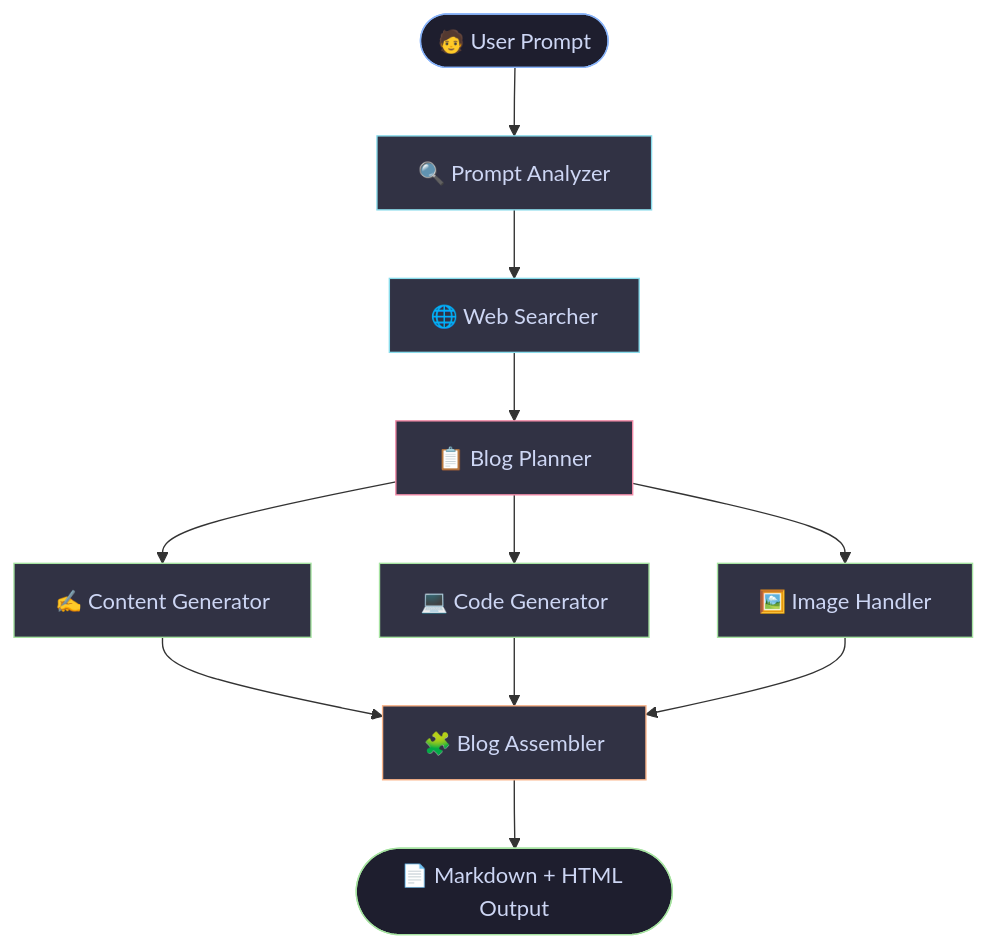
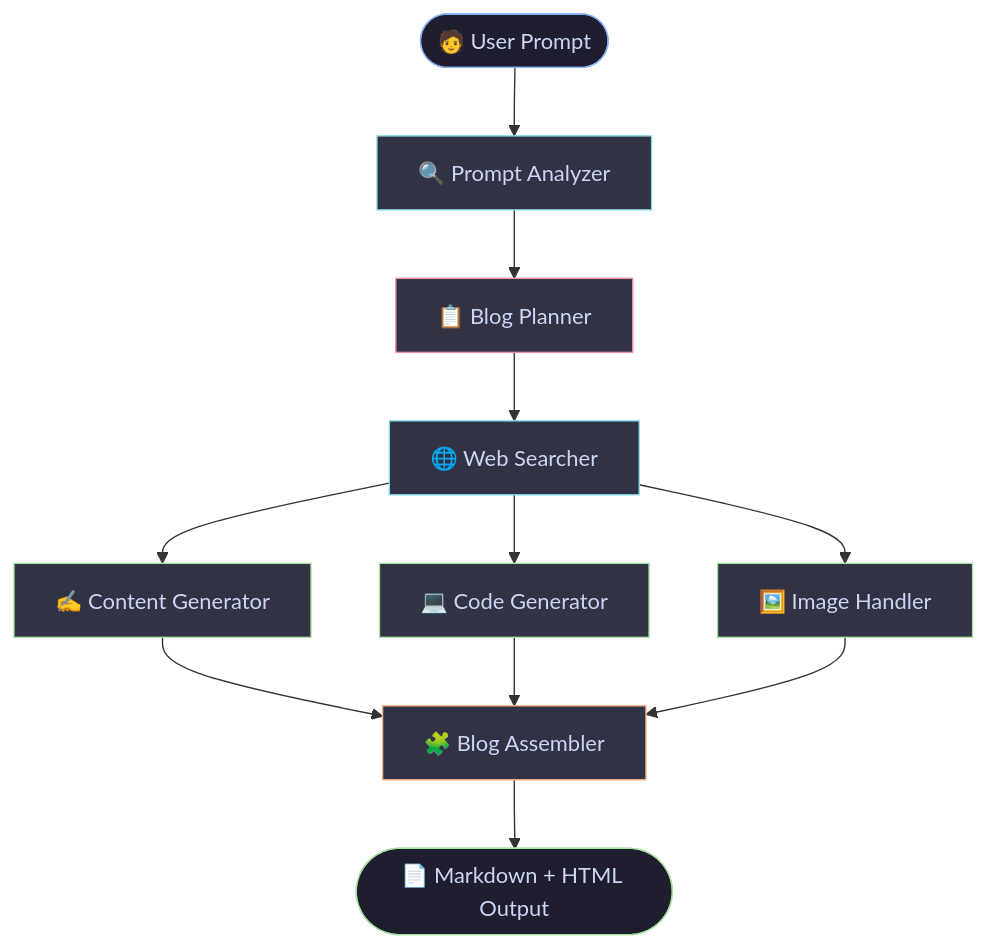
Before and after one commit to ma74a/WriterAgent: the first of 4 diagrams in README.md, drawn with Mermaid. The commit also changed other lines of this file, not shown here.

````diff
--- a/README.md
+++ b/README.md
@@ -11,26 +44,26 @@
 ```mermaid
 graph TD
     A([🧑 User Prompt]) --> B[🔍 Prompt Analyzer]
-    B --> C[🌐 Web Searcher]
-    C --> D[📋 Blog Planner]
+    B --> C[📋 Blog Planner]
+    C --> D[🌐 Web Searcher]
 
     D --> E[✍️ Content Generator]
     D --> F[💻 Code Generator]
     D --> G[🖼️ Image Handler]
 
     E --> H[🧩 Blog Assembler]
     F --> H
     G --> H
 
     H --> I([📄 Markdown + HTML Output])
 
     style A fill:#1e1e2e,color:#cdd6f4,stroke:#89b4fa
     style I fill:#1e1e2e,color:#cdd6f4,stroke:#a6e3a1
     style B fill:#313244,color:#cdd6f4,stroke:#89dceb
-    style C fill:#313244,color:#cdd6f4,stroke:#89dceb
-    style D fill:#313244,color:#cdd6f4,stroke:#f38ba8
+    style C fill:#313244,color:#cdd6f4,stroke:#f38ba8
+    style D fill:#313244,color:#cdd6f4,stroke:#89dceb
     style E fill:#313244,color:#cdd6f4,stroke:#a6e3a1
     style F fill:#313244,color:#cdd6f4,stroke:#a6e3a1
     style G fill:#313244,color:#cdd6f4,stroke:#a6e3a1
     style H fill:#313244,color:#cdd6f4,stroke:#fab387
 ```
````
